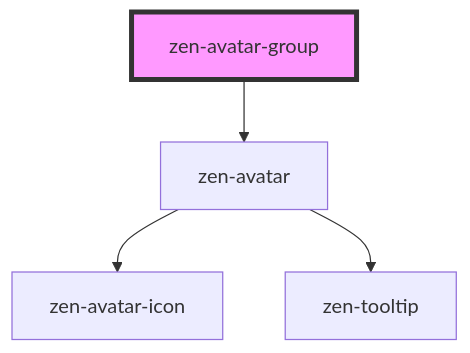
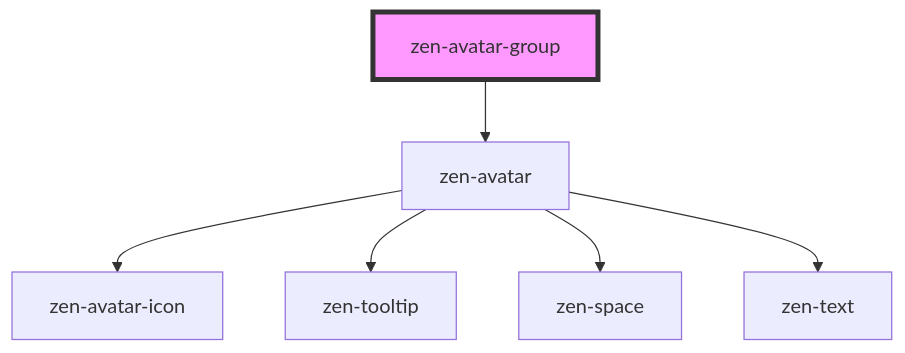
The diagram in src/componets-smart/zen-avatar-group/readme.md (reciprocity/zen-ui), drawn with Mermaid before and after one commit. The commit also changed other lines of this file and 3 other files, not shown here.

````diff
--- a/src/componets-smart/zen-avatar-group/readme.md
+++ b/src/componets-smart/zen-avatar-group/readme.md
@@ -20,7 +21,9 @@
 ```mermaid
 graph TD;
   zen-avatar-group --> zen-avatar
   zen-avatar --> zen-avatar-icon
   zen-avatar --> zen-tooltip
+  zen-avatar --> zen-space
+  zen-avatar --> zen-text
   style zen-avatar-group fill:#f9f,stroke:#333,stroke-width:4px
 ```
````
